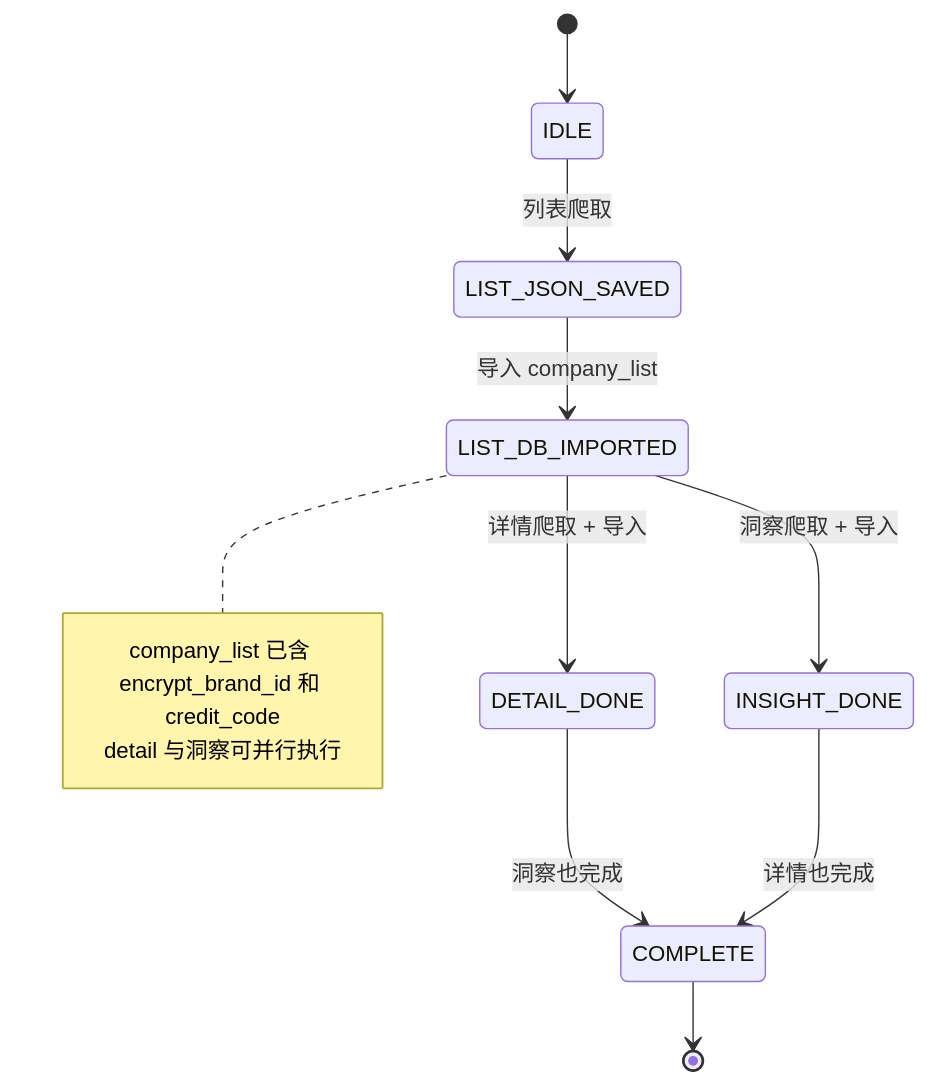
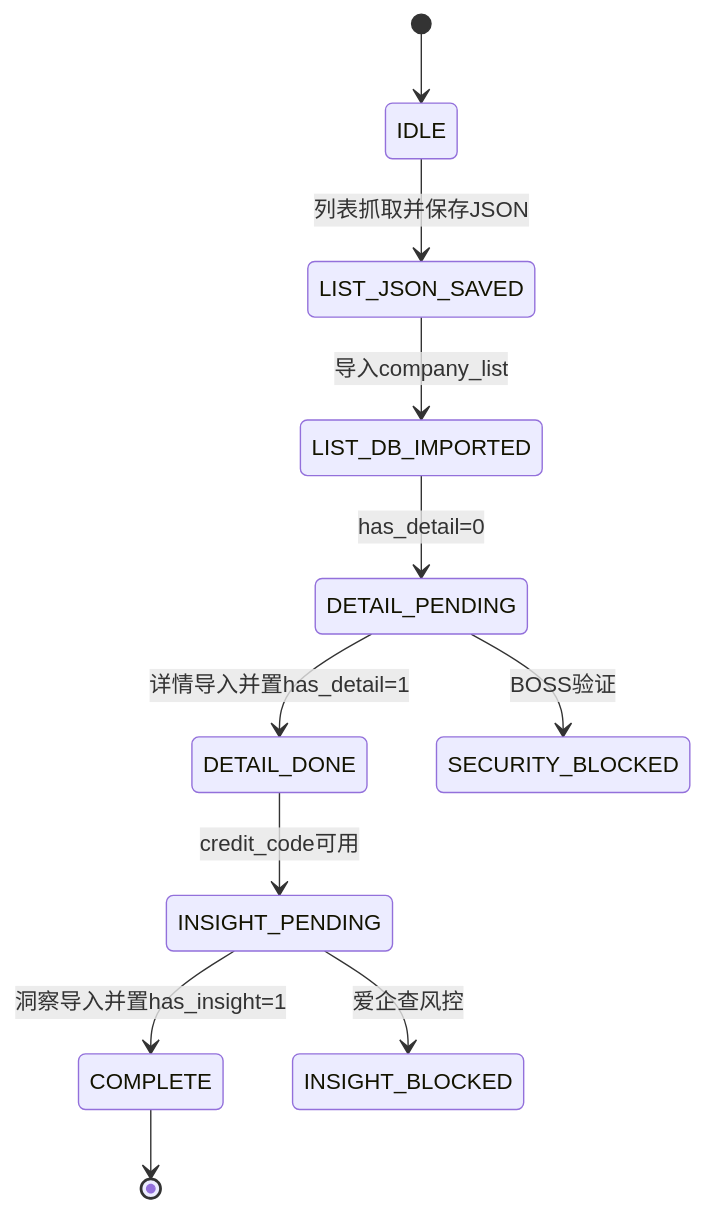
Before and after one commit to mednight4/boss-zhipin-scraper: the first of 2 diagrams in skill/pipeline.md, drawn with Mermaid. The commit also changed other lines of this file and 24 other files, not shown here.

````diff
--- a/skill/pipeline.md
+++ b/skill/pipeline.md
@@ -7,16 +29,13 @@
 ```mermaid
 stateDiagram-v2
     [*] --> IDLE
-    IDLE --> LIST_JSON_SAVED : 列表爬取
-    LIST_JSON_SAVED --> LIST_DB_IMPORTED : 导入 company_list
-    LIST_DB_IMPORTED --> DETAIL_DONE : 详情爬取 + 导入
-    LIST_DB_IMPORTED --> INSIGHT_DONE : 洞察爬取 + 导入
-    DETAIL_DONE --> COMPLETE : 洞察也完成
-    INSIGHT_DONE --> COMPLETE : 详情也完成
+    IDLE --> LIST_JSON_SAVED : 列表抓取并保存JSON
+    LIST_JSON_SAVED --> LIST_DB_IMPORTED : 导入company_list
+    LIST_DB_IMPORTED --> DETAIL_PENDING : has_detail=0
+    DETAIL_PENDING --> DETAIL_DONE : 详情导入并置has_detail=1
+    DETAIL_DONE --> INSIGHT_PENDING : credit_code可用
+    INSIGHT_PENDING --> COMPLETE : 洞察导入并置has_insight=1
     COMPLETE --> [*]
-
-    note right of LIST_DB_IMPORTED
-        company_list 已含 encrypt_brand_id 和 credit_code
-        detail 与洞察可并行执行
-    end note
+    DETAIL_PENDING --> SECURITY_BLOCKED : BOSS验证
+    INSIGHT_PENDING --> INSIGHT_BLOCKED : 爱企查风控
 ```
````
